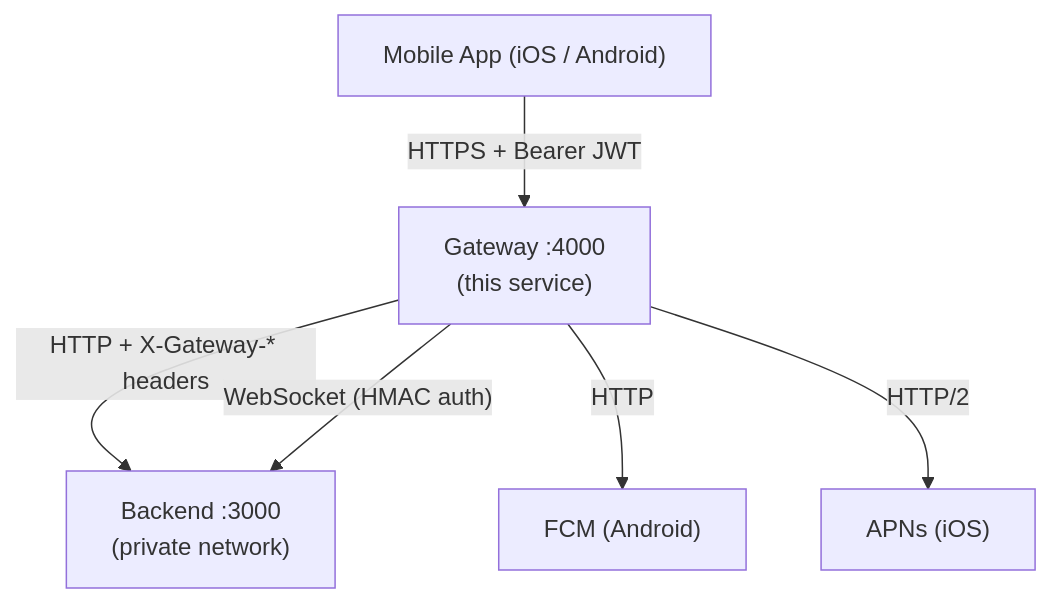
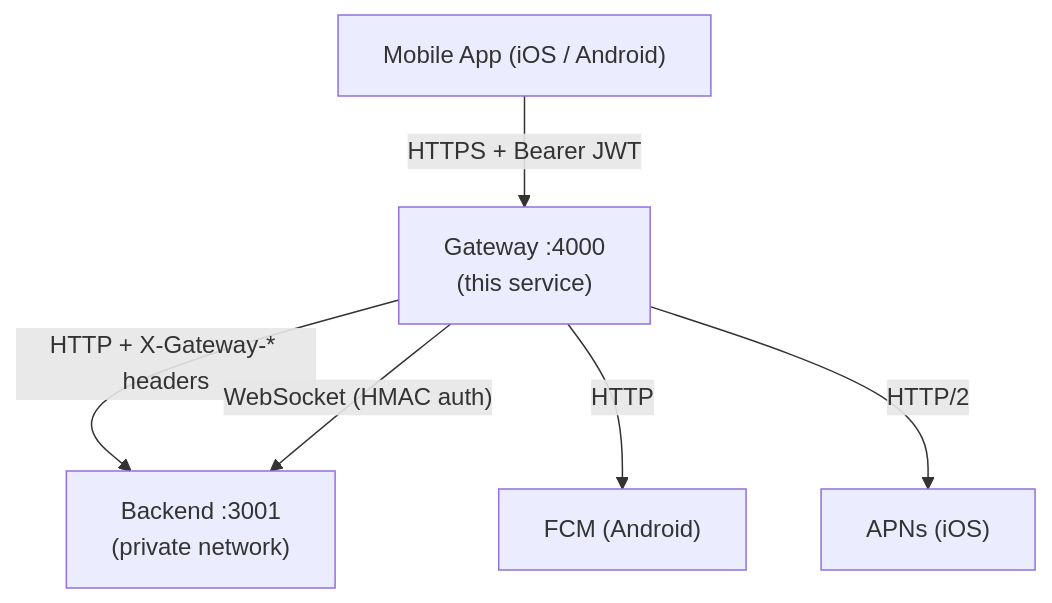
The first of 2 diagrams in gateway/ARCHITECTURE.md (nekoguntai-castle/sanctuary), drawn with Mermaid before and after one commit. The commit also changed other lines of this file and 19 other files, not shown here.

````diff
--- a/gateway/ARCHITECTURE.md
+++ b/gateway/ARCHITECTURE.md
@@ -9,19 +9,19 @@
 ```mermaid
 graph TD
     Mobile["Mobile App (iOS / Android)"]
     Gateway["Gateway :4000<br/>(this service)"]
-    Backend["Backend :3000<br/>(private network)"]
+    Backend["Backend :3001<br/>(private network)"]
     FCM["FCM (Android)"]
     APNs["APNs (iOS)"]
 
     Mobile -- "HTTPS + Bearer JWT" --> Gateway
     Gateway -- "HTTP + X-Gateway-* headers" --> Backend
     Gateway -- "WebSocket (HMAC auth)" --> Backend
     Gateway -- "HTTP" --> FCM
     Gateway -- "HTTP/2" --> APNs
 
     click Gateway href "src/index.ts" "Gateway entry point"
     click Backend href "../server/src/index.ts" "Backend entry point"
     click FCM href "src/services/push/fcm.ts" "FCM integration"
     click APNs href "src/services/push/apns.ts" "APNs integration"
 ```
````
